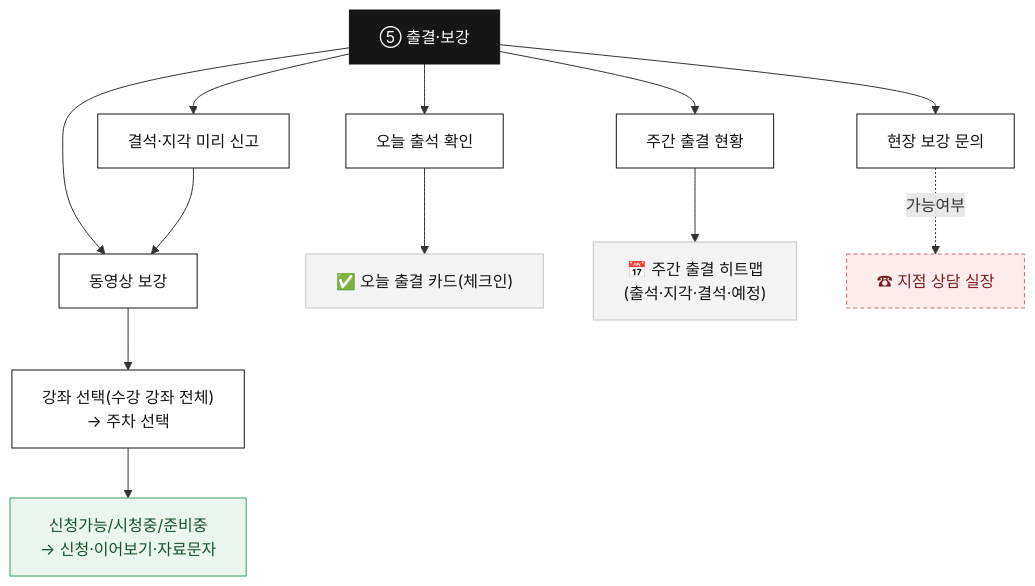
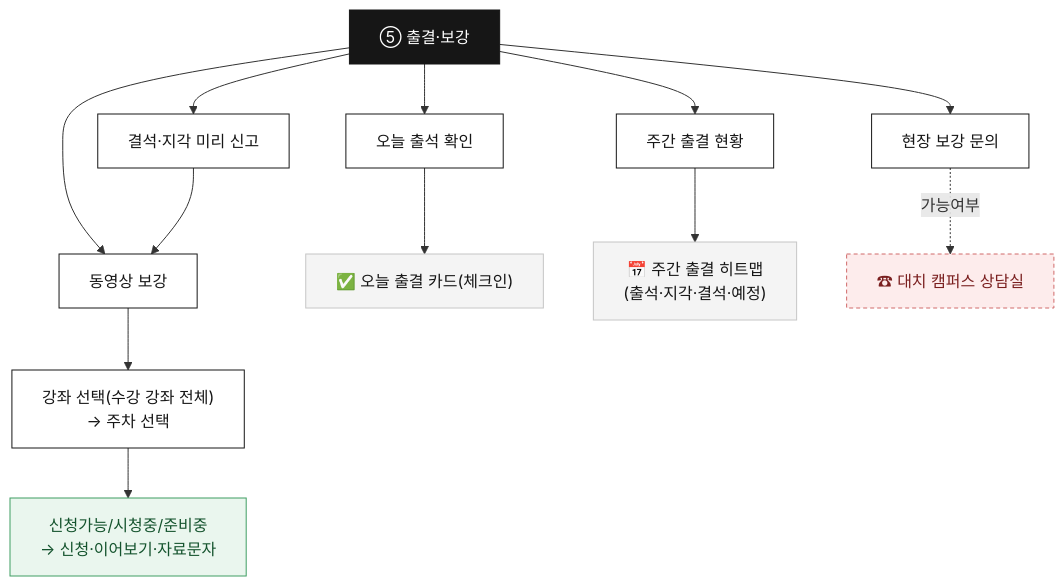
One commit to layr8x/Wiki changed the eighth of 12 diagrams in analysis/myclass-chatbot/SCENARIO_PLAN.md. Above: the diagram before and after it, drawn with Mermaid. The commit also changed other lines of this file and 8 other files, not shown here.

````diff
--- a/analysis/myclass-chatbot/SCENARIO_PLAN.md
+++ b/analysis/myclass-chatbot/SCENARIO_PLAN.md
@@ -225,22 +229,22 @@
 ```mermaid
 flowchart TD
   E["⑤ 출결·보강"]:::menu
   E --> MK["동영상 보강"]:::step
   E --> TD["오늘 출석 확인"]:::step
   E --> WK["주간 출결 현황"]:::step
   E --> AB["결석·지각 미리 신고"]:::step
   E --> FB["현장 보강 문의"]:::step
 
   MK --> MK1["강좌 선택(수강 강좌 전체)<br/>→ 주차 선택"]:::step
   MK1 --> MK2["신청가능/시청중/준비중<br/>→ 신청·이어보기·자료문자"]:::solve
   TD --> TDC["✅ 오늘 출결 카드(체크인)"]:::card
   WK --> WKC["📅 주간 출결 히트맵<br/>(출석·지각·결석·예정)"]:::card
   AB --> MK
-  FB -.가능여부.-> CP["☎ 지점 상담 실장"]:::hand
+  FB -.가능여부.-> CP["☎ 대치 캠퍼스 상담실"]:::hand
 
   classDef menu fill:#161616,color:#ffffff,stroke:#161616;
   classDef step fill:#ffffff,color:#161616,stroke:#161616;
   classDef card fill:#f4f4f4,color:#161616,stroke:#c6c6c6;
   classDef solve fill:#eaf6ee,color:#14532d,stroke:#3f9d63;
   classDef hand fill:#fdecec,color:#7a1f1f,stroke:#d06a6a,stroke-dasharray:4 3;
 ```
````
